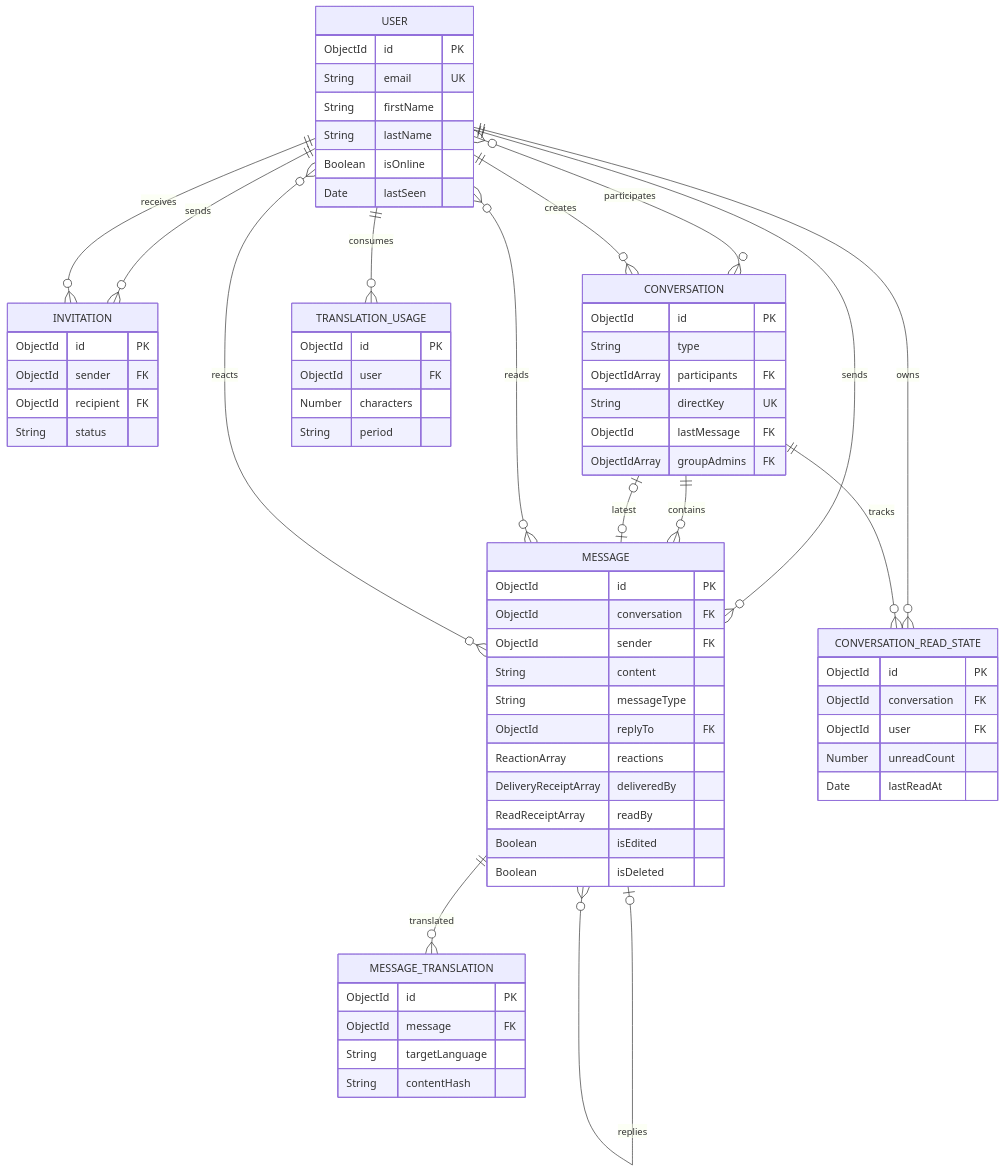
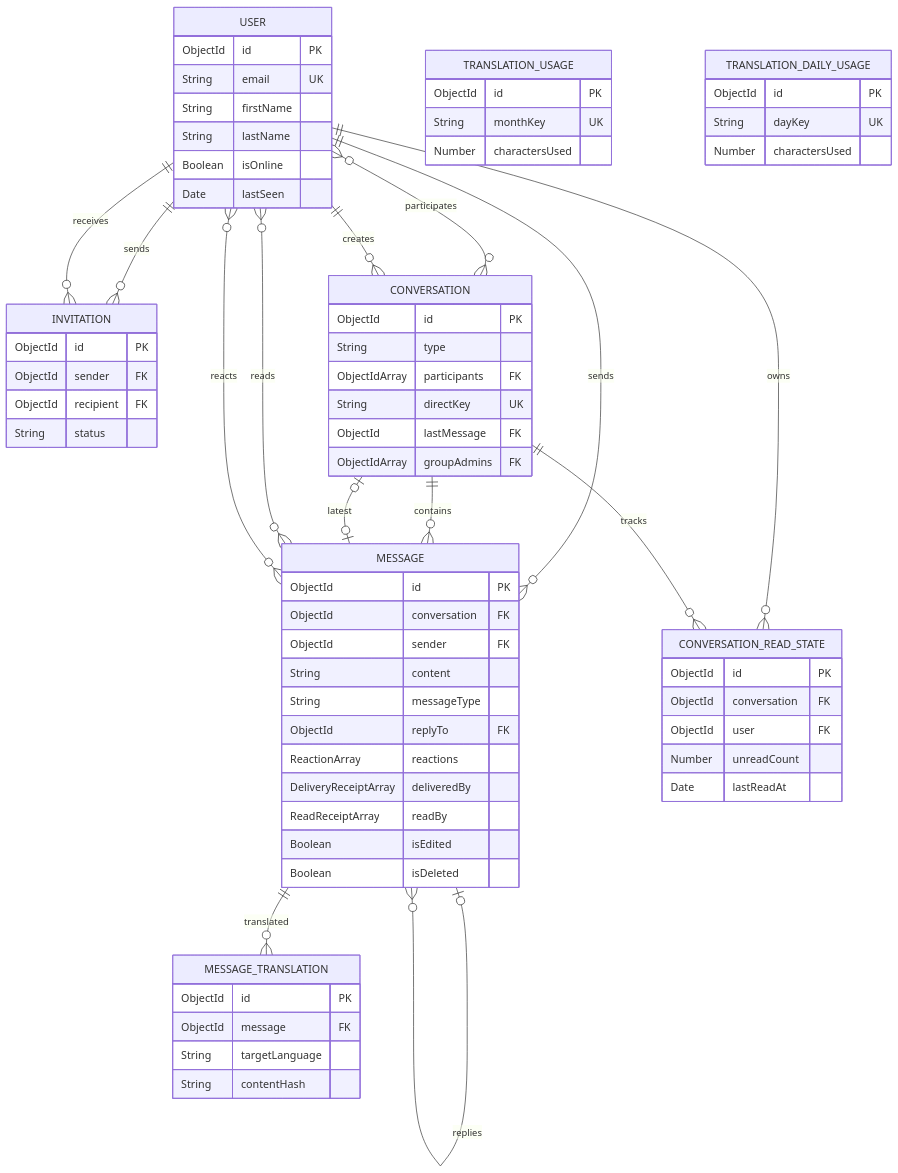
One commit to Saurav11343/click-chat changed diagram 13 of 27 in docs/10-diagram-catalog.md. Above: the diagram before and after it, drawn with Mermaid. The commit also changed other lines of this file and 14 other files, not shown here.

````diff
--- a/docs/10-diagram-catalog.md
+++ b/docs/10-diagram-catalog.md
@@ -443,75 +473,78 @@
 ```mermaid
 erDiagram
     USER ||--o{ INVITATION : sends
     USER ||--o{ INVITATION : receives
     USER }o--o{ CONVERSATION : participates
     USER ||--o{ CONVERSATION : creates
     USER ||--o{ MESSAGE : sends
     CONVERSATION ||--o{ MESSAGE : contains
     CONVERSATION o|--o| MESSAGE : latest
     MESSAGE o|--o{ MESSAGE : replies
     USER }o--o{ MESSAGE : reads
     USER }o--o{ MESSAGE : reacts
     USER ||--o{ CONVERSATION_READ_STATE : owns
     CONVERSATION ||--o{ CONVERSATION_READ_STATE : tracks
     MESSAGE ||--o{ MESSAGE_TRANSLATION : translated
-    USER ||--o{ TRANSLATION_USAGE : consumes
 
     USER {
         ObjectId id PK
         String email UK
         String firstName
         String lastName
         Boolean isOnline
         Date lastSeen
     }
 
     INVITATION {
         ObjectId id PK
         ObjectId sender FK
         ObjectId recipient FK
         String status
     }
 
     CONVERSATION {
         ObjectId id PK
         String type
         ObjectIdArray participants FK
         String directKey UK
         ObjectId lastMessage FK
         ObjectIdArray groupAdmins FK
     }
 
     MESSAGE {
         ObjectId id PK
         ObjectId conversation FK
         ObjectId sender FK
         String content
         String messageType
         ObjectId replyTo FK
         ReactionArray reactions
         DeliveryReceiptArray deliveredBy
         ReadReceiptArray readBy
         Boolean isEdited
         Boolean isDeleted
     }
     CONVERSATION_READ_STATE {
         ObjectId id PK
         ObjectId conversation FK
         ObjectId user FK
         Number unreadCount
         Date lastReadAt
     }
     MESSAGE_TRANSLATION {
         ObjectId id PK
         ObjectId message FK
         String targetLanguage
         String contentHash
     }
     TRANSLATION_USAGE {
         ObjectId id PK
-        ObjectId user FK
-        Number characters
-        String period
+        String monthKey UK
+        Number charactersUsed
+    }
+    TRANSLATION_DAILY_USAGE {
+        ObjectId id PK
+        String dayKey UK
+        Number charactersUsed
     }
 ```
````
